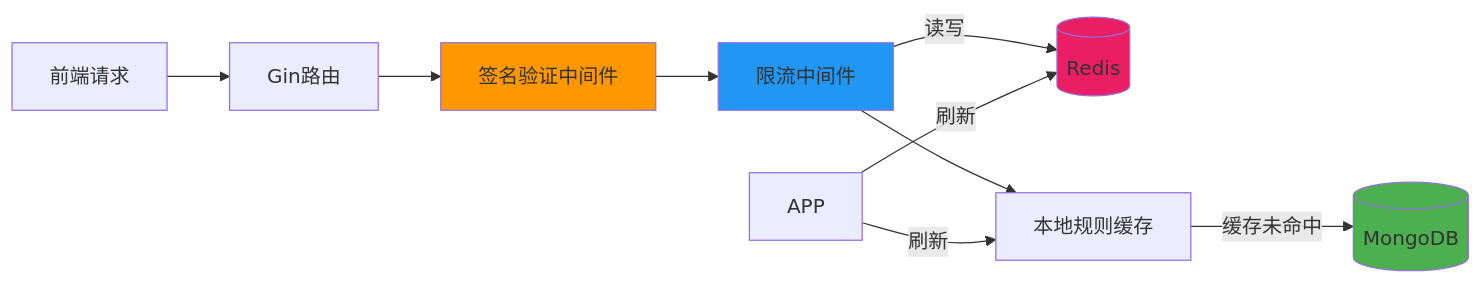
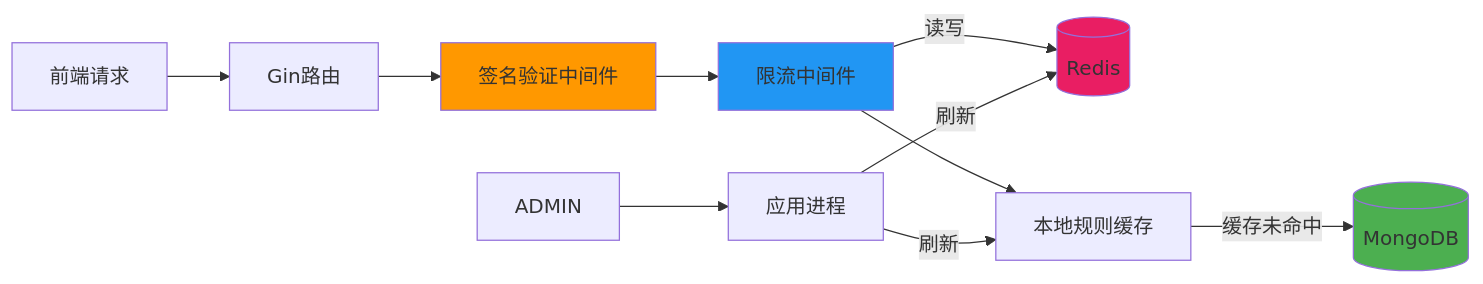
One commit to yingjianzh/iodraw-files changed the diagram in all/未命名-2.md. Above: the diagram before and after it, drawn with Mermaid.

Commit message:
2025-10-13 16:23:41 update

````diff
--- a/all/未命名-2.md
+++ b/all/未命名-2.md
@@ -1,21 +1,21 @@
 ```mermaid
 flowchart LR
     FE[前端请求] --> GIN[Gin路由]
     GIN --> AUTH[签名验证中间件]
     AUTH --> RL[限流中间件]
     RL -->|读写| REDIS[(Redis)]
     RL --> CACHE[本地规则缓存]
     CACHE -->|缓存未命中| MONGO[(MongoDB)]
     
     
-  
-    APP -->|刷新| REDIS
+    ADMIN --> APP
+    APP[应用进程] -->|刷新| REDIS
     APP -->|刷新| CACHE
     
    
     
     style AUTH fill:#ff9800
     style RL fill:#2196f3
     style REDIS fill:#e91e63
     style MONGO fill:#4caf50
 ```
````
